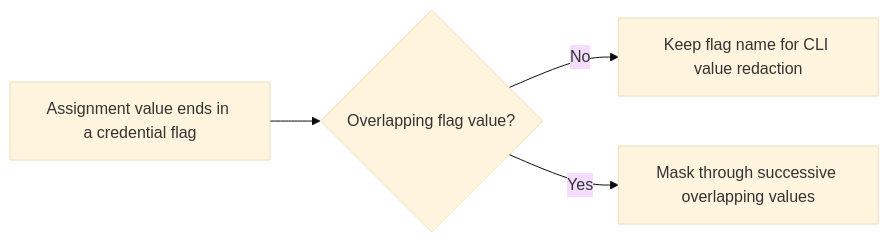
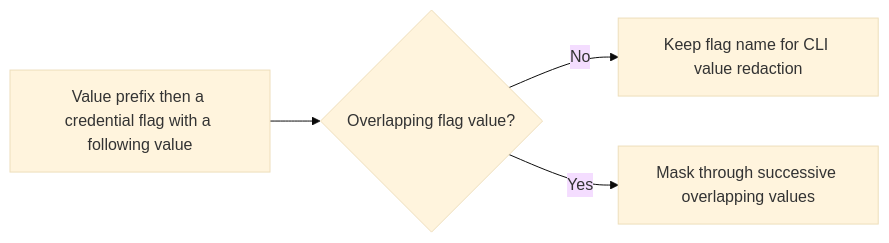
One commit to stSoftwareAU/VibeCoder changed the diagram in docs/archive/pr-summaries/pr-summary-5608.md. Above: the diagram before and after it, drawn with Mermaid (base theme). The commit also changed other lines of this file, not shown here.

````diff
--- a/docs/archive/pr-summaries/pr-summary-5608.md
+++ b/docs/archive/pr-summaries/pr-summary-5608.md
@@ -52,6 +52,6 @@
 ```mermaid
 flowchart LR
-    A[Assignment value ends in a credential flag] --> B{Overlapping flag value?}
+    A[Value prefix then a credential flag with a following value] --> B{Overlapping flag value?}
     B -->|No| C[Keep flag name for CLI value redaction]
     B -->|Yes| D[Mask through successive overlapping values]
 ```
````
